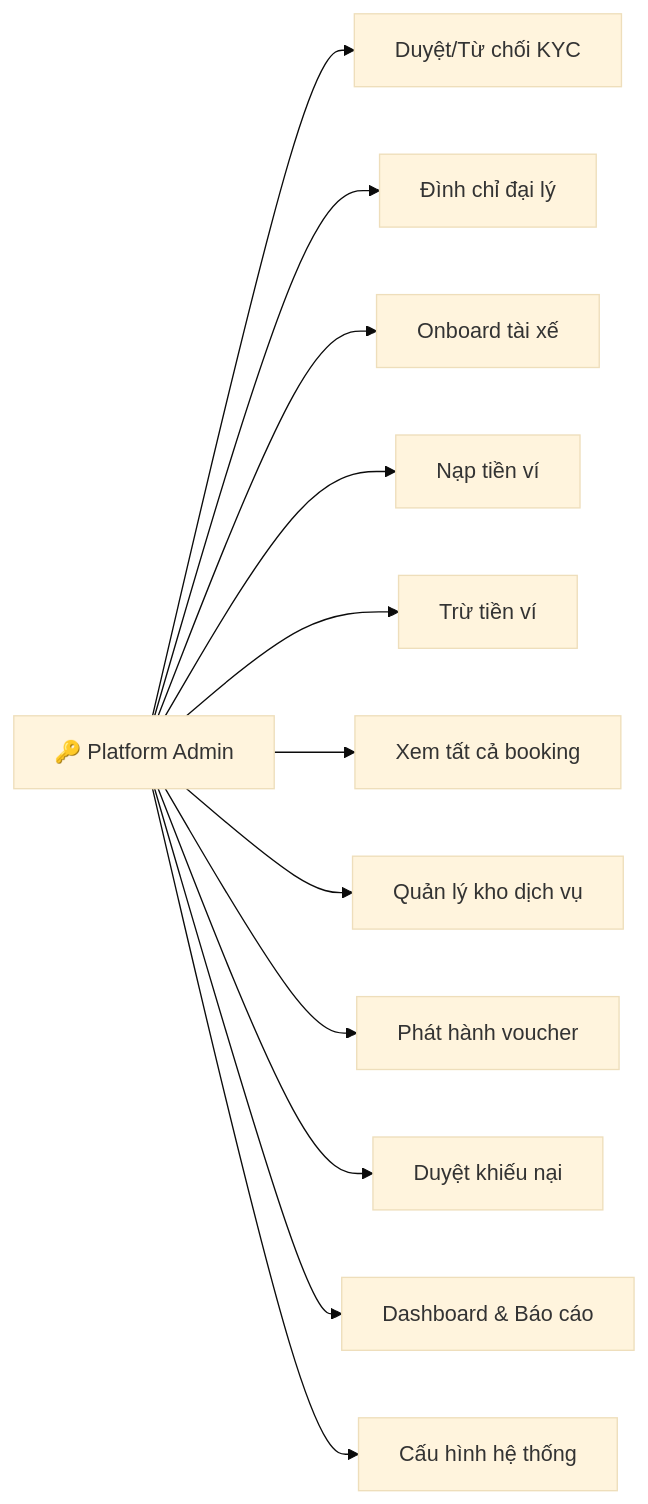
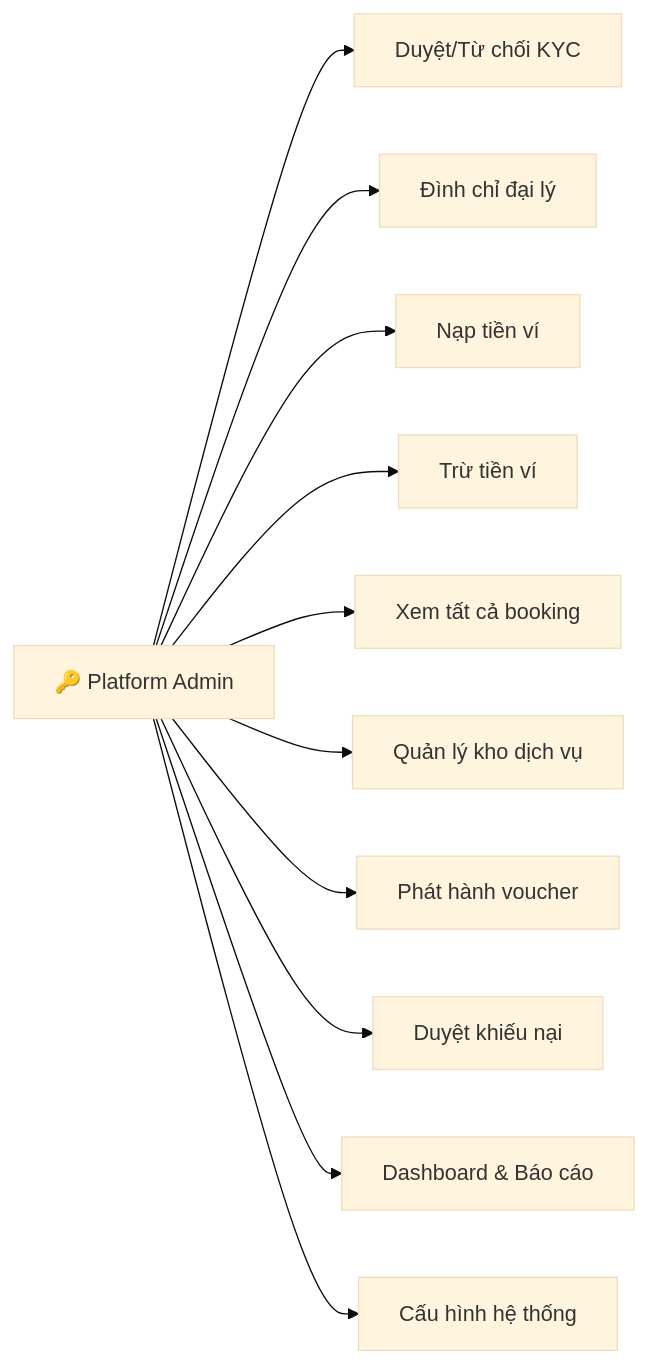
The third of 24 diagrams in docs/actors.md (thanh-16/B2B_Tour), drawn with Mermaid (base theme) before and after one commit. The commit also changed other lines of this file and 1 other file, not shown here.

````diff
--- a/docs/actors.md
+++ b/docs/actors.md
@@ -91,16 +90,15 @@
 ```mermaid
 graph LR
     PA["🔑 Platform Admin"]
 
     PA --> UC_KYC["Duyệt/Từ chối KYC"]
     PA --> UC_SUSPEND["Đình chỉ đại lý"]
-    PA --> UC_ONBOARD["Onboard tài xế"]
     PA --> UC_CREDIT["Nạp tiền ví"]
     PA --> UC_DEBIT["Trừ tiền ví"]
     PA --> UC_VIEW_BK["Xem tất cả booking"]
     PA --> UC_INV["Quản lý kho dịch vụ"]
     PA --> UC_VOUCHER["Phát hành voucher"]
     PA --> UC_CLAIM["Duyệt khiếu nại"]
     PA --> UC_REPORT["Dashboard & Báo cáo"]
     PA --> UC_CONFIG["Cấu hình hệ thống"]
 ```
````
